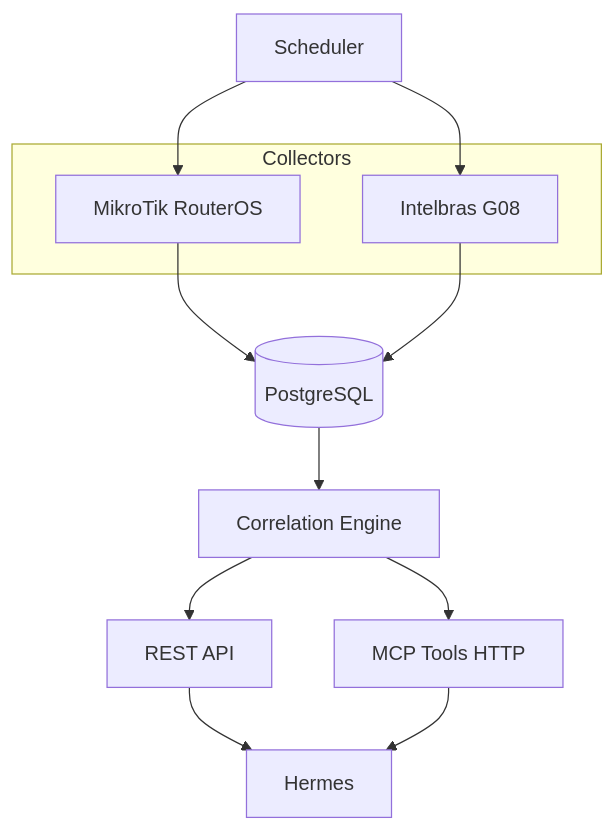
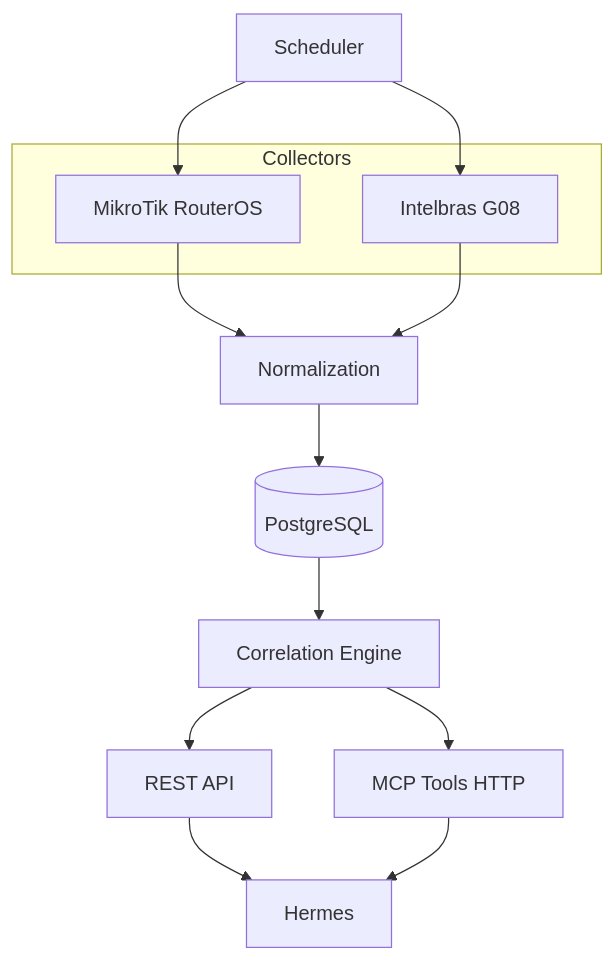
Before and after one commit to 3mstecnologia-del/madalena-network-intelligence: the diagram in README.md, drawn with Mermaid. The commit also changed other lines of this file and 10 other files, not shown here.

````diff
--- a/README.md
+++ b/README.md
@@ -19,23 +25,25 @@
 ```mermaid
 flowchart TB
   subgraph sources [Collectors]
     MK[MikroTik RouterOS]
     G08[Intelbras G08]
   end
   SCH[Scheduler]
+  NORM[Normalization]
   PG[(PostgreSQL)]
   CORR[Correlation Engine]
   API[REST API]
   MCP[MCP Tools HTTP]
   HERMES[Hermes]
 
   SCH --> MK
   SCH --> G08
-  MK --> PG
-  G08 --> PG
+  MK --> NORM
+  G08 --> NORM
+  NORM --> PG
   PG --> CORR
   CORR --> API
   CORR --> MCP
   API --> HERMES
   MCP --> HERMES
 ```
````
